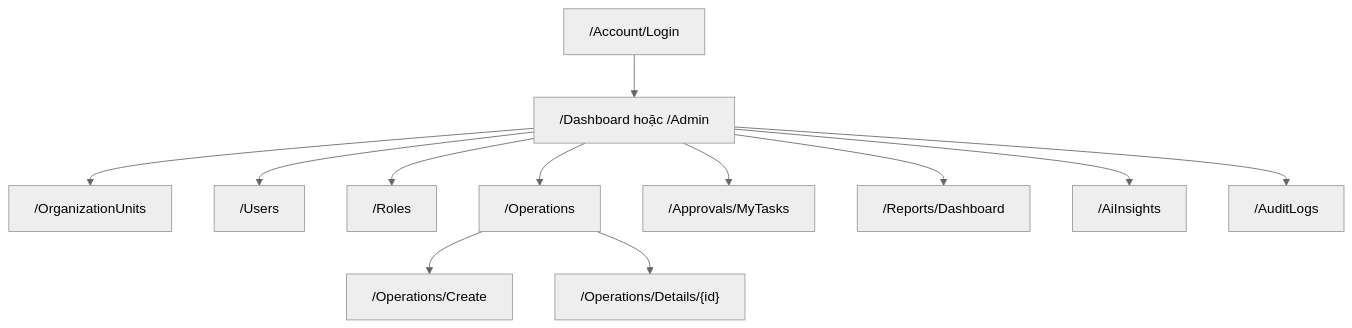
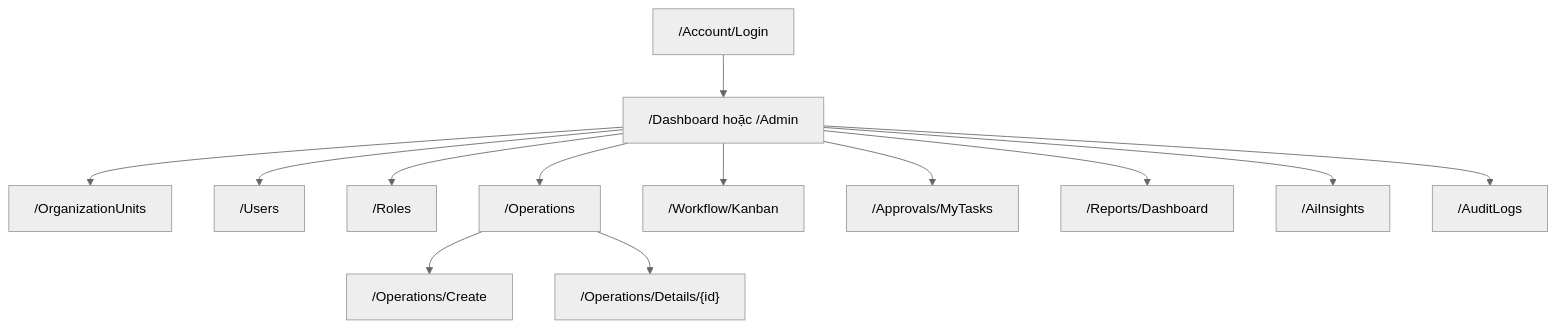
One commit to quanptatb/OmniBizAI changed the eighth of 10 diagrams in docs/02-Graduation-Project-Report.md. Above: the diagram before and after it, drawn with Mermaid (neutral theme). The commit also changed other lines of this file and 15 other files, not shown here.

Commit message:
feat: implement workflow operations module with Kanban board, task details, and approval tracking

````diff
--- a/docs/02-Graduation-Project-Report.md
+++ b/docs/02-Graduation-Project-Report.md
@@ -342,14 +368,15 @@
 ```mermaid
 flowchart TB
     Login["/Account/Login"] --> Dashboard["/Dashboard hoặc /Admin"]
     Dashboard --> Org["/OrganizationUnits"]
     Dashboard --> Users["/Users"]
     Dashboard --> Roles["/Roles"]
     Dashboard --> Ops["/Operations"]
     Ops --> OpsCreate["/Operations/Create"]
     Ops --> OpsDetails["/Operations/Details/{id}"]
+    Dashboard --> Kanban["/Workflow/Kanban"]
     Dashboard --> Approvals["/Approvals/MyTasks"]
     Dashboard --> Reports["/Reports/Dashboard"]
     Dashboard --> AI["/AiInsights"]
     Dashboard --> Audit["/AuditLogs"]
 ```
````
